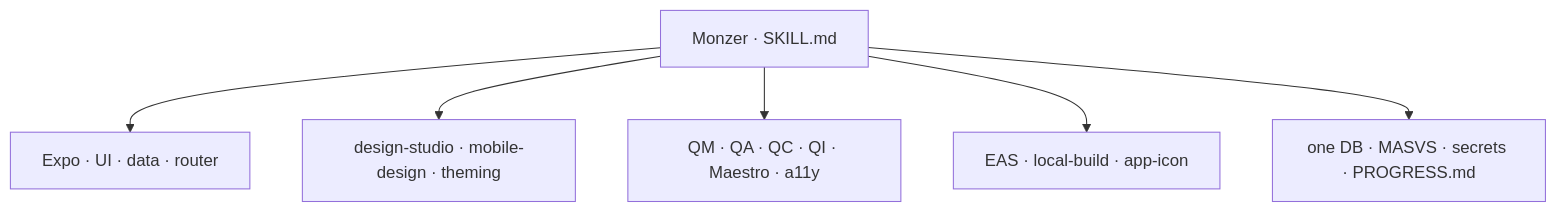
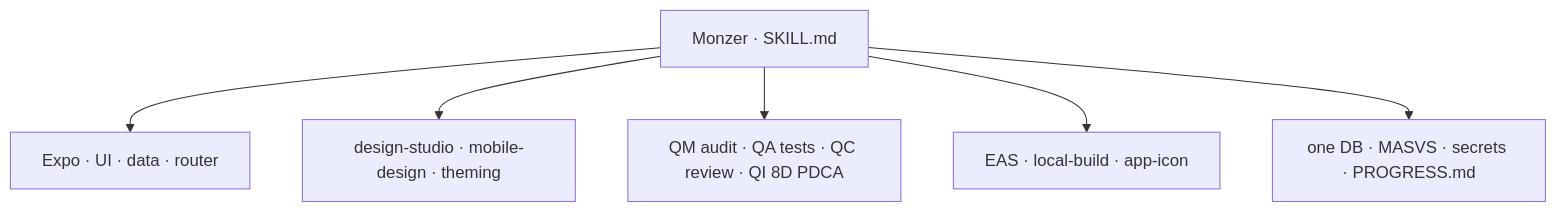
One commit to moonr5/monzer-mobile-skill changed the third of 4 diagrams in README.md. Above: the diagram before and after it, drawn with Mermaid. The commit also changed other lines of this file and 47 other files, not shown here.

````diff
--- a/README.md
+++ b/README.md
@@ -90,9 +90,9 @@
 ```mermaid
 flowchart TB
   MASTER[Monzer · SKILL.md]
   MASTER --> EXPO[Expo · UI · data · router]
   MASTER --> DESIGN[design-studio · mobile-design · theming]
-  MASTER --> QUALITY[QM · QA · QC · QI · Maestro · a11y]
+  MASTER --> QUALITY[QM audit · QA tests · QC review · QI 8D PDCA]
   MASTER --> SHIP[EAS · local-build · app-icon]
   MASTER --> RULES[one DB · MASVS · secrets · PROGRESS.md]
 ```
````
